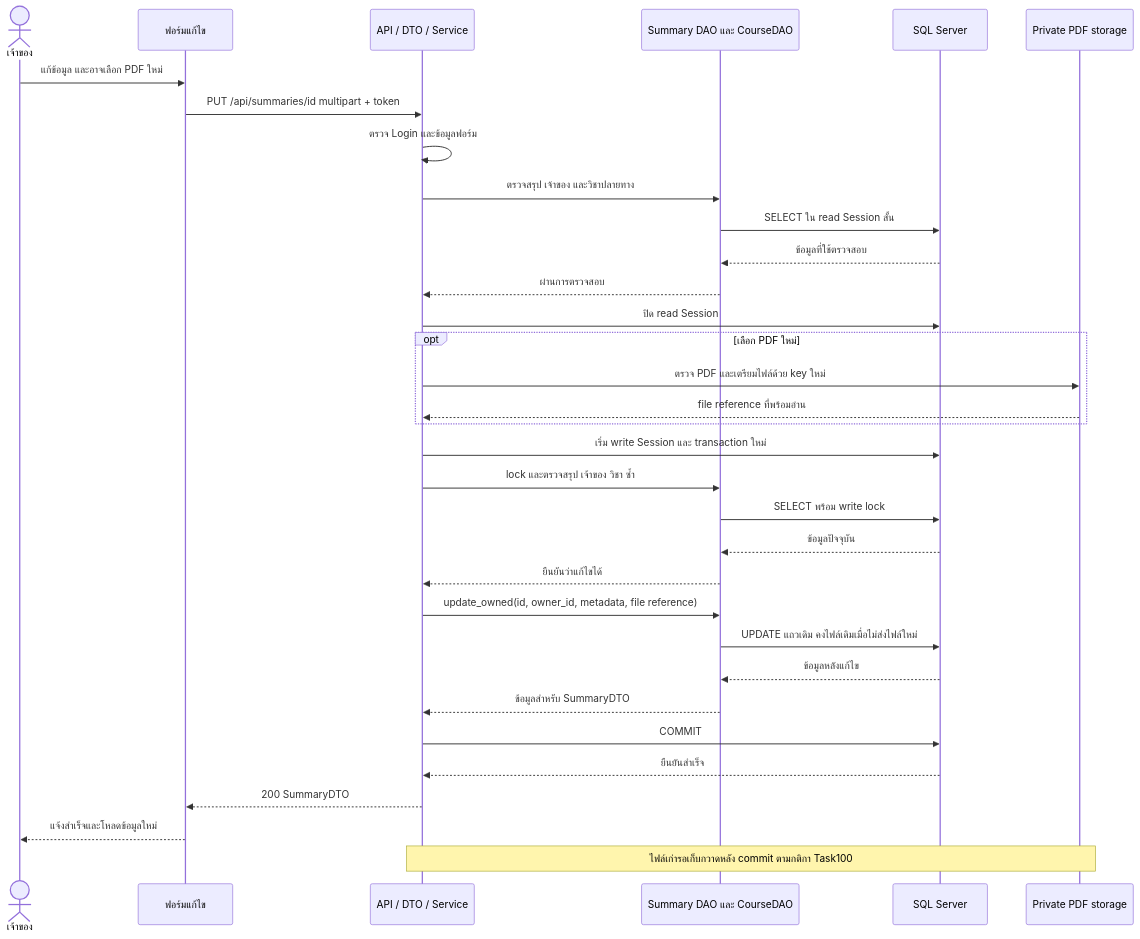
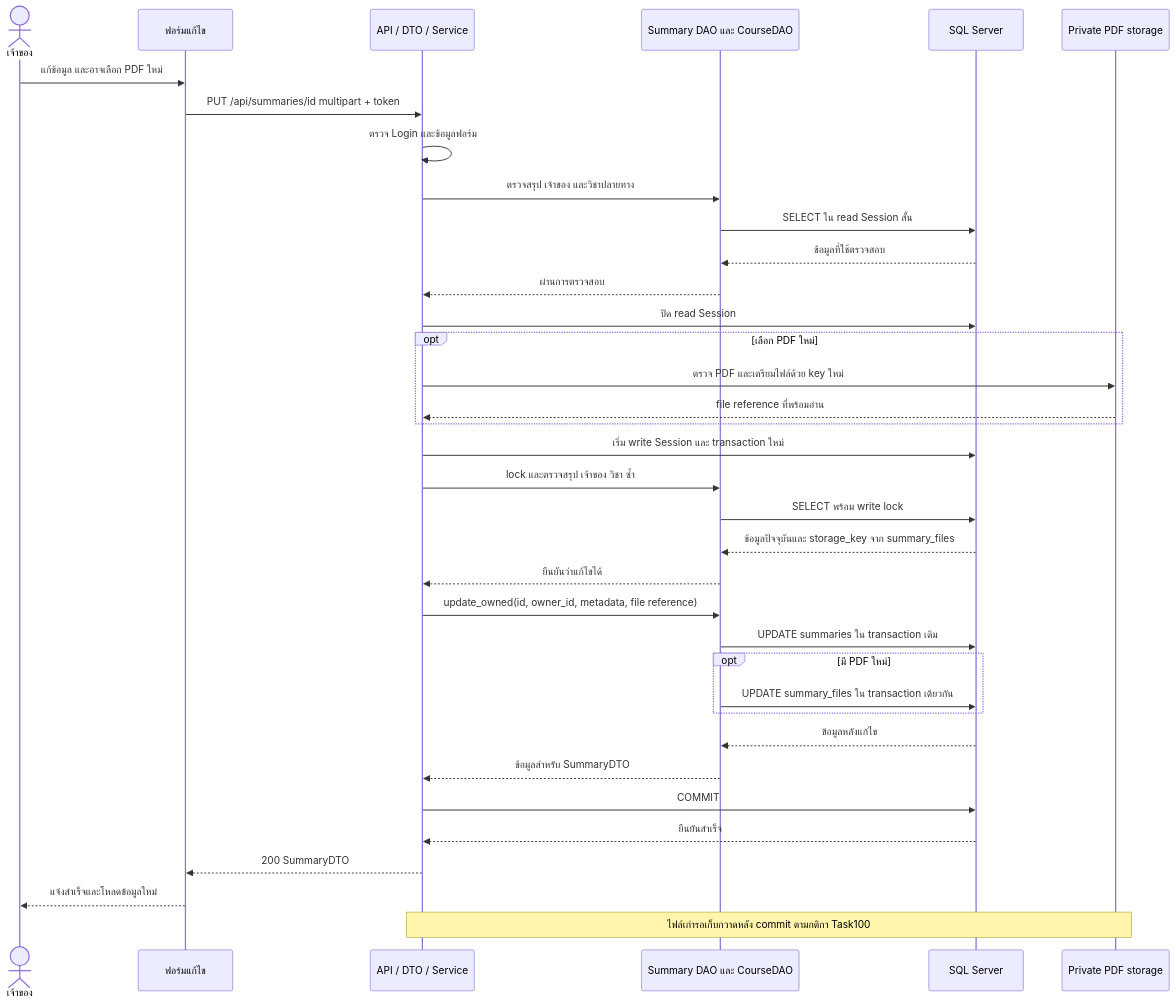
The diagram in docs/U7/design/diagrams/task101-update.mmd (Lilieay/cs261-group4-100001), drawn with Mermaid before and after one commit. The commit also changed 13 other files, not shown here.

Commit message:
docs(task101): align PDF updates with shared schema

```diff
--- a/docs/U7/design/diagrams/task101-update.mmd
+++ b/docs/U7/design/diagrams/task101-update.mmd
@@ -1,33 +1,36 @@
 sequenceDiagram
     actor Owner as เจ้าของ
     participant UI as ฟอร์มแก้ไข
     participant API as API / DTO / Service
     participant DAO as Summary DAO และ CourseDAO
     participant SQL as SQL Server
     participant Storage as Private PDF storage
     Owner->>UI: แก้ข้อมูล และอาจเลือก PDF ใหม่
     UI->>API: PUT /api/summaries/id multipart + token
     API->>API: ตรวจ Login และข้อมูลฟอร์ม
     API->>DAO: ตรวจสรุป เจ้าของ และวิชาปลายทาง
     DAO->>SQL: SELECT ใน read Session สั้น
     SQL-->>DAO: ข้อมูลที่ใช้ตรวจสอบ
     DAO-->>API: ผ่านการตรวจสอบ
     API->>SQL: ปิด read Session
     opt เลือก PDF ใหม่
         API->>Storage: ตรวจ PDF และเตรียมไฟล์ด้วย key ใหม่
         Storage-->>API: file reference ที่พร้อมอ่าน
     end
     API->>SQL: เริ่ม write Session และ transaction ใหม่
     API->>DAO: lock และตรวจสรุป เจ้าของ วิชา ซ้ำ
     DAO->>SQL: SELECT พร้อม write lock
-    SQL-->>DAO: ข้อมูลปัจจุบัน
+    SQL-->>DAO: ข้อมูลปัจจุบันและ storage_key จาก summary_files
     DAO-->>API: ยืนยันว่าแก้ไขได้
     API->>DAO: update_owned(id, owner_id, metadata, file reference)
-    DAO->>SQL: UPDATE แถวเดิม คงไฟล์เดิมเมื่อไม่ส่งไฟล์ใหม่
+    DAO->>SQL: UPDATE summaries ใน transaction เดิม
+    opt มี PDF ใหม่
+        DAO->>SQL: UPDATE summary_files ใน transaction เดียวกัน
+    end
     SQL-->>DAO: ข้อมูลหลังแก้ไข
     DAO-->>API: ข้อมูลสำหรับ SummaryDTO
     API->>SQL: COMMIT
     SQL-->>API: ยืนยันสำเร็จ
     API-->>UI: 200 SummaryDTO
     UI-->>Owner: แจ้งสำเร็จและโหลดข้อมูลใหม่
     Note over API,Storage: ไฟล์เก่ารอเก็บกวาดหลัง commit ตามกติกา Task100
```
